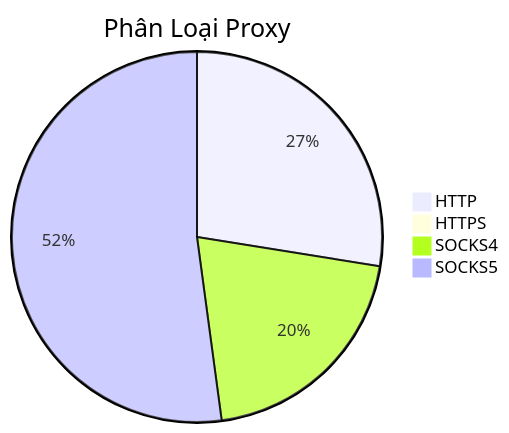
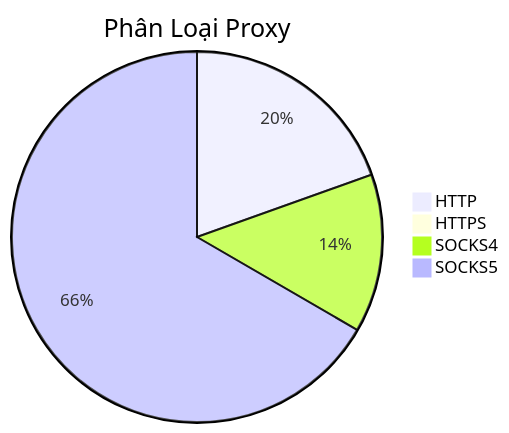
The diagram in README.md (Ciara-Aa/PROXY-free), drawn with Mermaid before and after one commit. The commit also changed other lines of this file and 4 other files, not shown here.

````diff
--- a/README.md
+++ b/README.md
@@ -26,7 +26,7 @@
 ```mermaid
 pie title Phân Loại Proxy
-    "HTTP" : 452
-    "HTTPS" : 2
-    "SOCKS4" : 334
-    "SOCKS5" : 856
+    "HTTP" : 359
+    "HTTPS" : 4
+    "SOCKS4" : 254
+    "SOCKS5" : 1224
 ```
````
